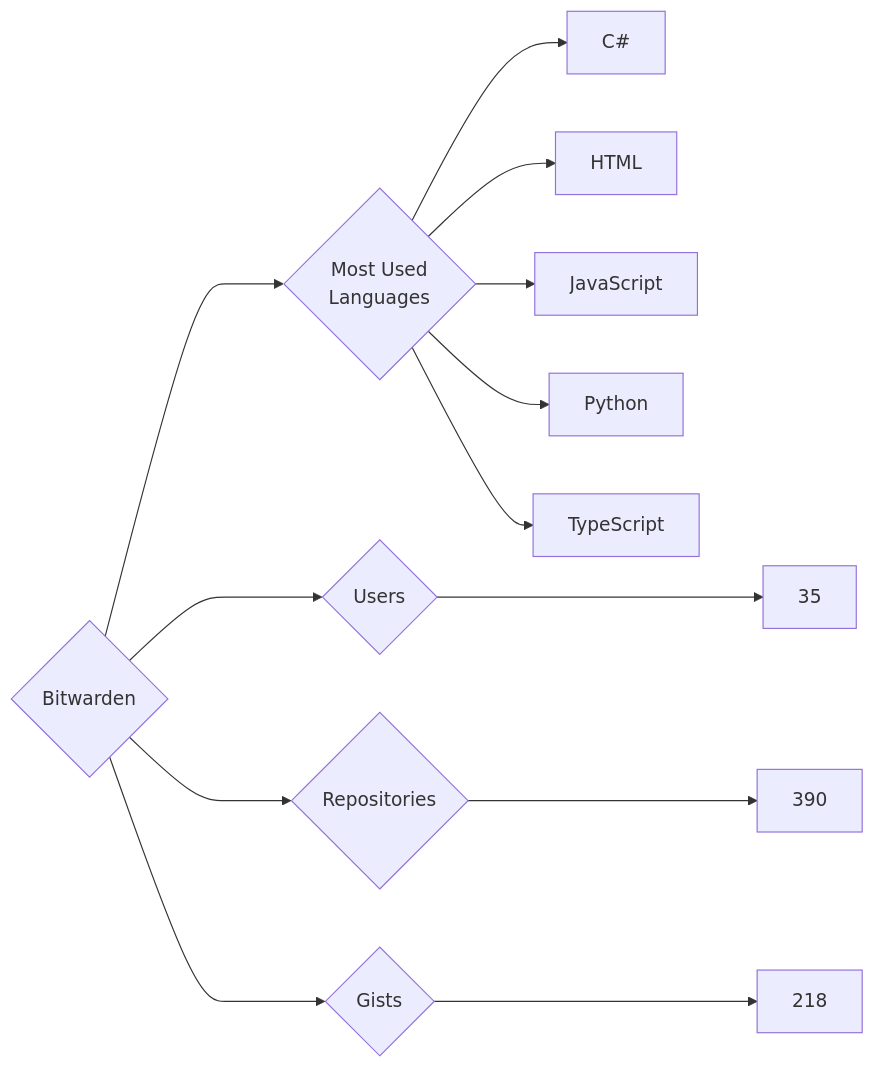
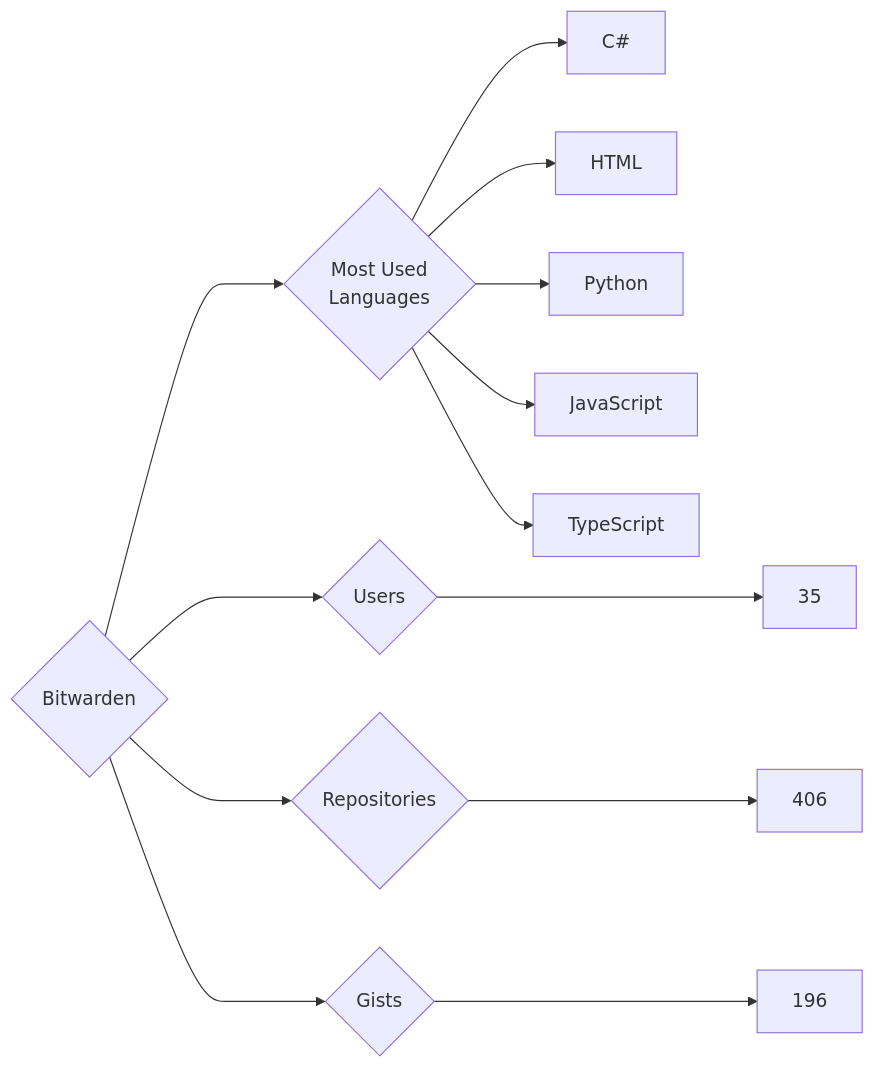
The diagram in targets/Bitwarden/README.md (trickest/insiders), drawn with Mermaid before and after one commit. The commit also changed 860 other files, not shown here.

````diff
--- a/targets/Bitwarden/README.md
+++ b/targets/Bitwarden/README.md
@@ -3,13 +3,13 @@
 ```mermaid
 graph LR
 COMPANY_NAME{Bitwarden}
 COMPANY_NAME ---> U{Users} ---> UN[35]
-COMPANY_NAME ---> R{Repositories} ---> RN[390]
-COMPANY_NAME ---> G{Gists} ---> GN[218]
+COMPANY_NAME ---> R{Repositories} ---> RN[406]
+COMPANY_NAME ---> G{Gists} ---> GN[196]
 COMPANY_NAME ---> ML{Most Used<br>Languages}
 ML --> C#[C#]
 ML --> HTML[HTML]
+ML --> Python[Python]
 ML --> JavaScript[JavaScript]
-ML --> Python[Python]
 ML --> TypeScript[TypeScript]
 ```
````
